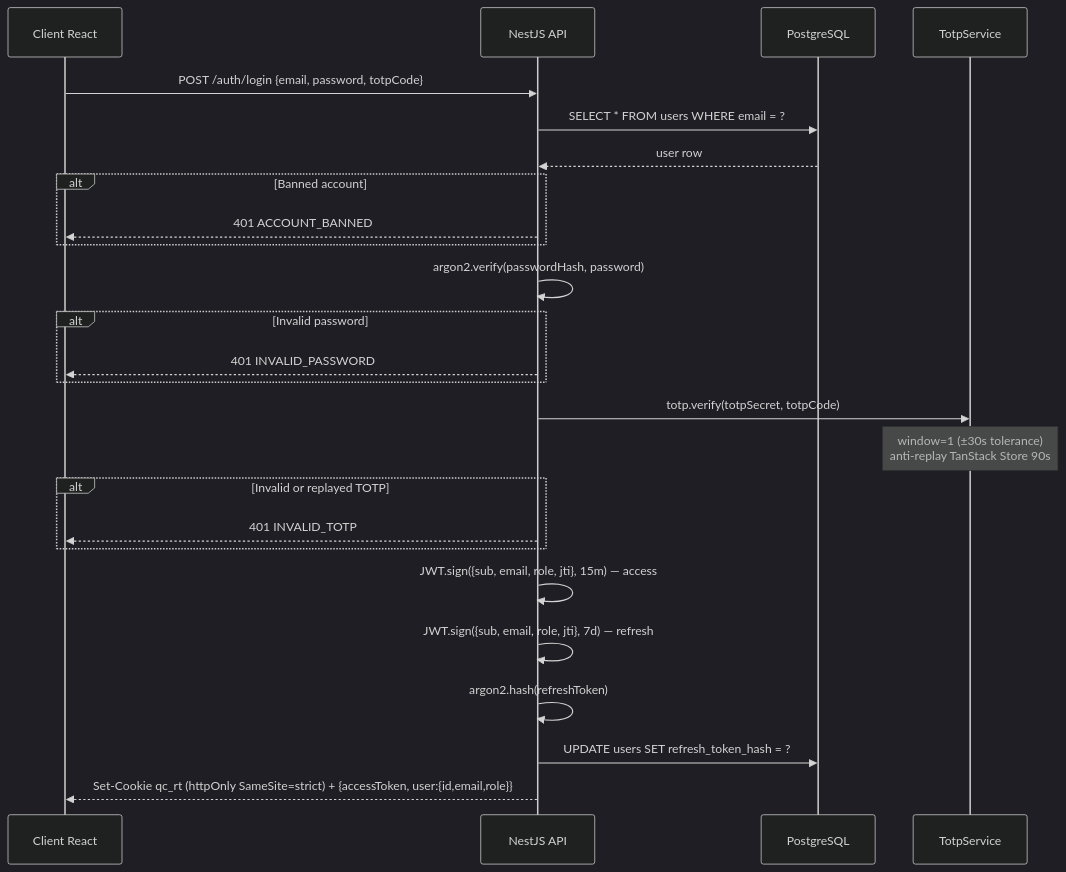
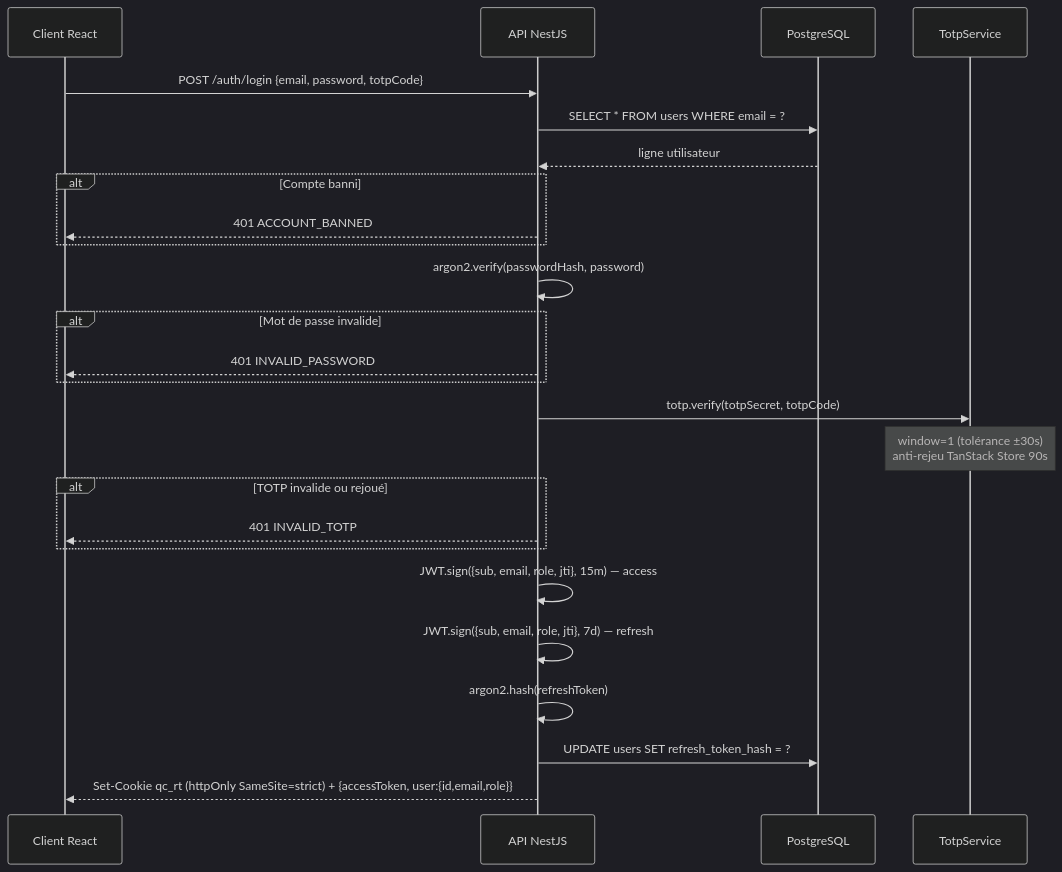
Before and after one commit to creibaud/QuartierConnect: the fourth of 21 diagrams in docs/ARCHITECTURE.md, drawn with Mermaid (dark theme). The commit also changed other lines of this file and 27 other files, not shown here.

````diff
--- a/docs/ARCHITECTURE.md
+++ b/docs/ARCHITECTURE.md
@@ -166,32 +207,32 @@
 ```mermaid
 sequenceDiagram
     participant C as Client React
-    participant API as NestJS API
+    participant API as API NestJS
     participant PG as PostgreSQL
     participant TS as TotpService
 
     C->>API: POST /auth/login {email, password, totpCode}
     API->>PG: SELECT * FROM users WHERE email = ?
-    PG-->>API: user row
+    PG-->>API: ligne utilisateur
 
-    alt Banned account
+    alt Compte banni
         API-->>C: 401 ACCOUNT_BANNED
     end
 
     API->>API: argon2.verify(passwordHash, password)
-    alt Invalid password
+    alt Mot de passe invalide
         API-->>C: 401 INVALID_PASSWORD
     end
 
     API->>TS: totp.verify(totpSecret, totpCode)
-    Note over TS: window=1 (±30s tolerance)<br/>anti-replay TanStack Store 90s
-    alt Invalid or replayed TOTP
+    Note over TS: window=1 (tolérance ±30s)<br/>anti-rejeu TanStack Store 90s
+    alt TOTP invalide ou rejoué
         API-->>C: 401 INVALID_TOTP
     end
 
     API->>API: JWT.sign({sub, email, role, jti}, 15m) — access
     API->>API: JWT.sign({sub, email, role, jti}, 7d) — refresh
     API->>API: argon2.hash(refreshToken)
     API->>PG: UPDATE users SET refresh_token_hash = ?
     API-->>C: Set-Cookie qc_rt (httpOnly SameSite=strict) + {accessToken, user:{id,email,role}}
 ```
````
